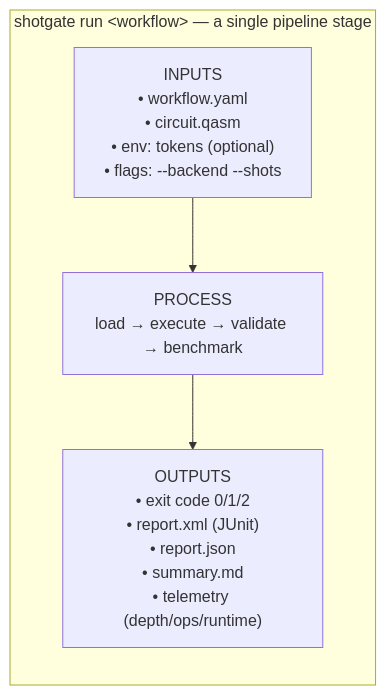
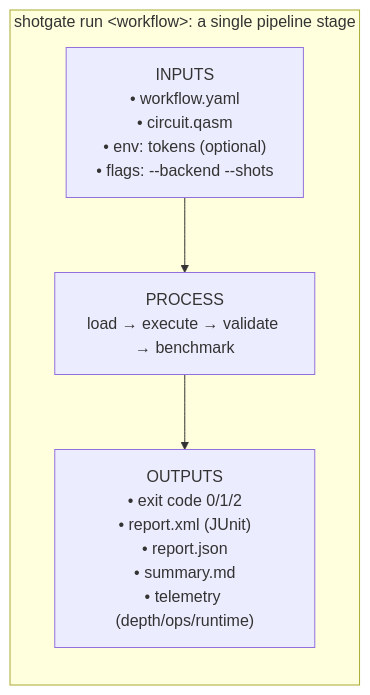
One commit to coldqubit/shotgate changed the second of 3 diagrams in docs/pipeline.md. Above: the diagram before and after it, drawn with Mermaid. The commit also changed other lines of this file and 30 other files, not shown here.

````diff
--- a/docs/pipeline.md
+++ b/docs/pipeline.md
@@ -34,10 +34,10 @@
 ```mermaid
 flowchart TB
-    subgraph stage["shotgate run &lt;workflow&gt; — a single pipeline stage"]
+    subgraph stage["shotgate run &lt;workflow&gt;: a single pipeline stage"]
         direction TB
         in["INPUTS<br/>• workflow.yaml<br/>• circuit.qasm<br/>• env: tokens (optional)<br/>• flags: --backend --shots"]
         proc["PROCESS<br/>load → execute → validate → benchmark"]
         out["OUTPUTS<br/>• exit code 0/1/2<br/>• report.xml (JUnit)<br/>• report.json<br/>• summary.md<br/>• telemetry (depth/ops/runtime)"]
         in --> proc --> out
     end
 ```
````
